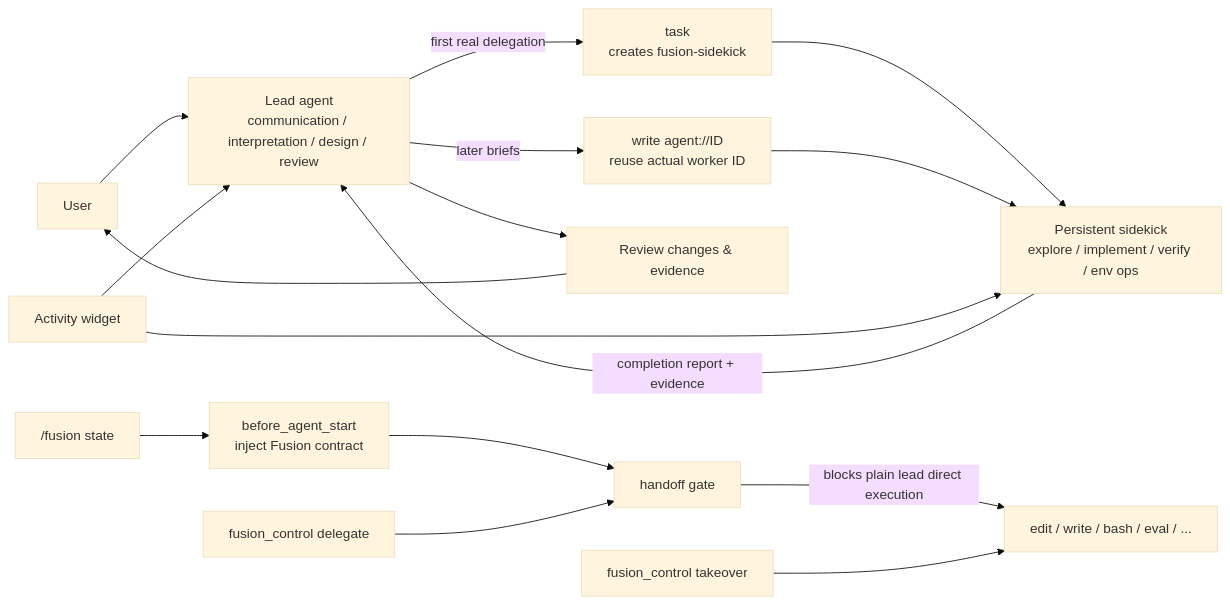
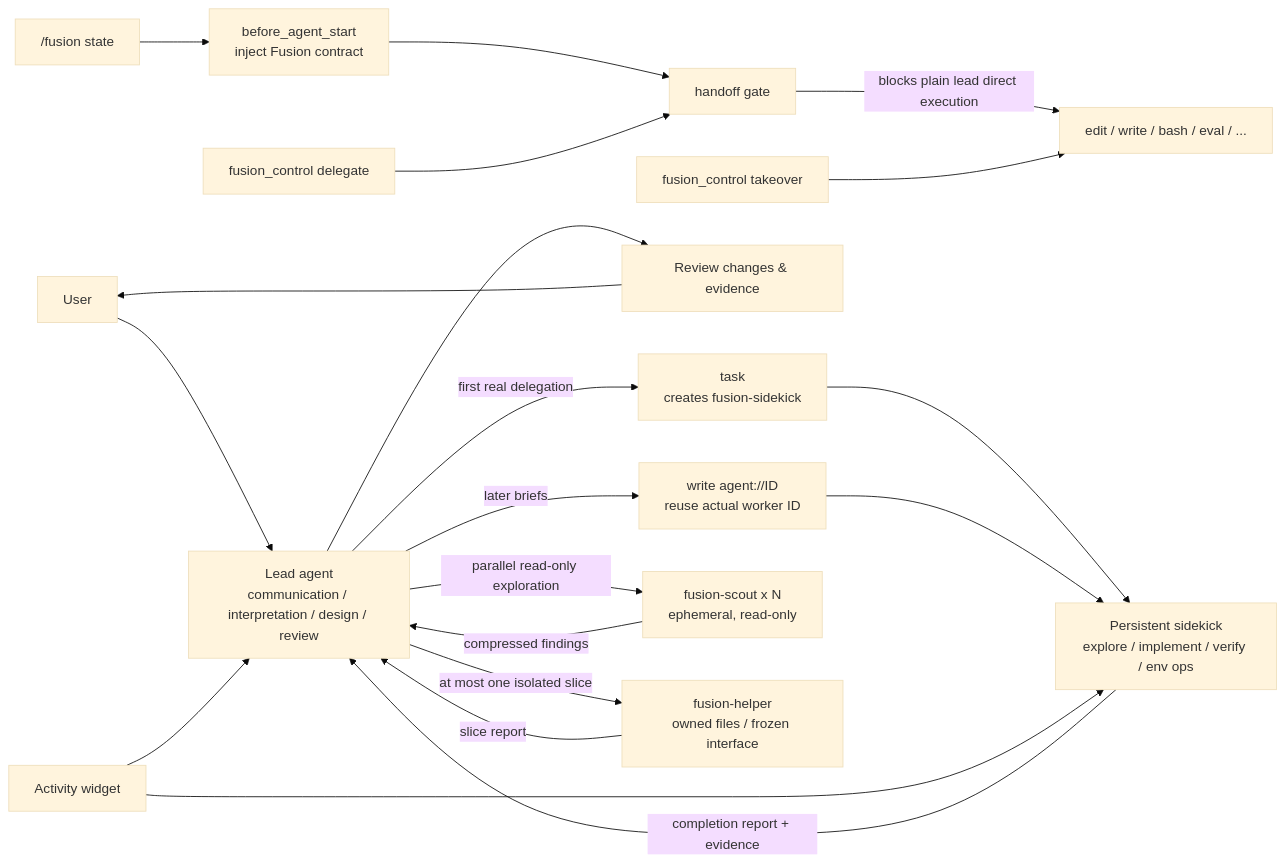
The diagram in README.md (Aono255/omp-fusion), drawn with Mermaid (base theme) before and after one commit. The commit also changed other lines of this file and 5 other files, not shown here.

````diff
--- a/README.md
+++ b/README.md
@@ -79,19 +79,23 @@
 ```mermaid
 flowchart LR
     U["User"] --> L["Lead agent<br/>communication / interpretation / design / review"]
     L -->|first real delegation| T["task<br/>creates fusion-sidekick"]
     T --> S["Persistent sidekick<br/>explore / implement / verify / env ops"]
     L -->|later briefs| H["write agent://ID<br/>reuse actual worker ID"]
     H --> S
     S -->|completion report + evidence| L
     L --> R["Review changes & evidence"]
     R --> U
 
     F["/fusion state"] --> P["before_agent_start<br/>inject Fusion contract"]
     P --> G["handoff gate"]
     G -->|blocks plain lead direct execution| X["edit / write / bash / eval / ..."]
     C["fusion_control takeover"] --> X
     C2["fusion_control delegate"] --> G
+    L -->|parallel read-only exploration| SC["fusion-scout x N<br/>ephemeral, read-only"]
+    SC -->|compressed findings| L
+    L -->|at most one isolated slice| HP["fusion-helper<br/>owned files / frozen interface"]
+    HP -->|slice report| L
     W["Activity widget"] --> L
     W --> S
 ```
````
